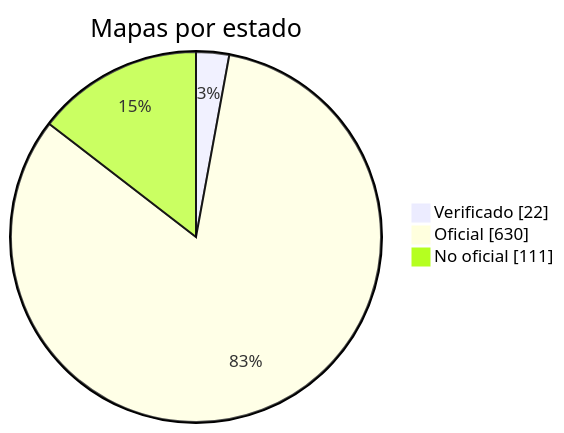
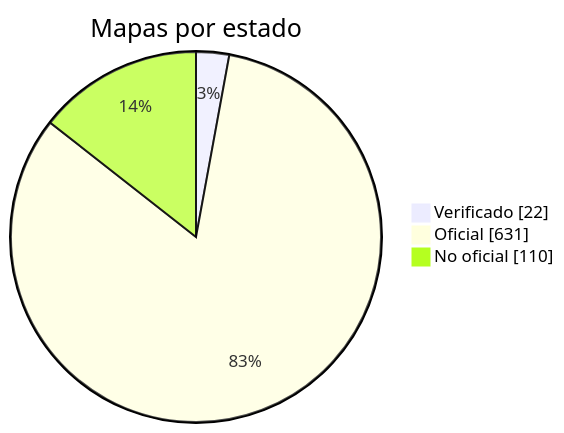
One commit to nobrega8/mbmap-library changed the diagram in docs/readme/README_ES.md. Above: the diagram before and after it, drawn with Mermaid. The commit also changed 6 other files, not shown here.

````diff
--- a/docs/readme/README_ES.md
+++ b/docs/readme/README_ES.md
@@ -54,7 +54,7 @@
 ```mermaid
 pie showData
     title Mapas por estado
     "Verificado" : 22
-    "Oficial" : 630
-    "No oficial" : 111
+    "Oficial" : 631
+    "No oficial" : 110
 ```
````
